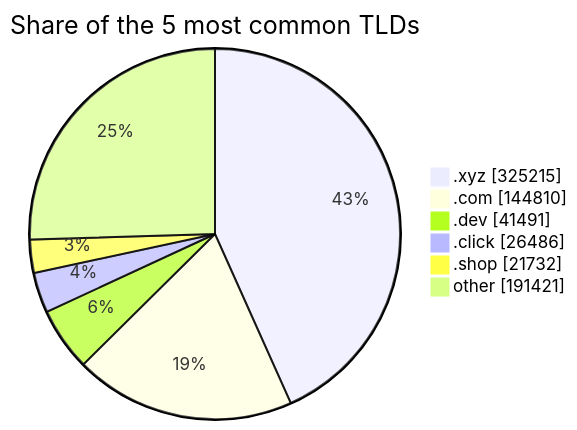
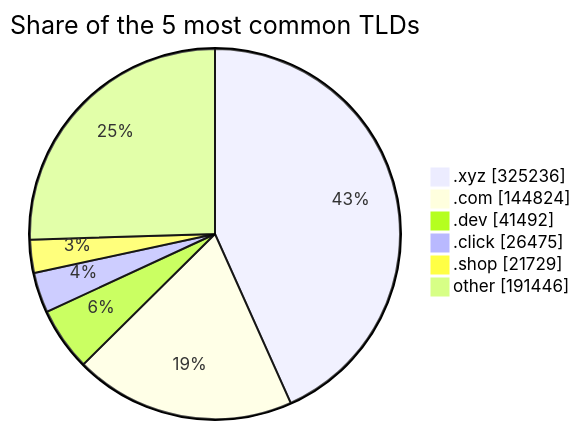
The third of 3 diagrams in README.md (DNSBunker/CTI), drawn with Mermaid before and after one commit. The commit also changed other lines of this file and 3 other files, not shown here.

````diff
--- a/README.md
+++ b/README.md
@@ -81,9 +81,9 @@
 ```mermaid
 pie showData title Share of the 5 most common TLDs
-    ".xyz" : 325215
-    ".com" : 144810
-    ".dev" : 41491
-    ".click" : 26486
-    ".shop" : 21732
-    "other" : 191421
+    ".xyz" : 325236
+    ".com" : 144824
+    ".dev" : 41492
+    ".click" : 26475
+    ".shop" : 21729
+    "other" : 191446
 ```
````
